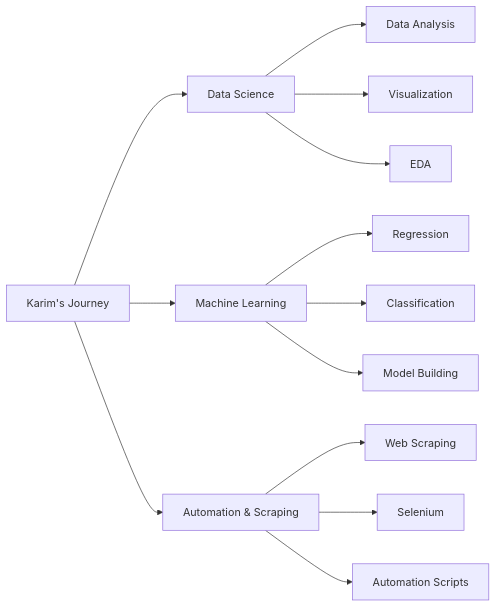
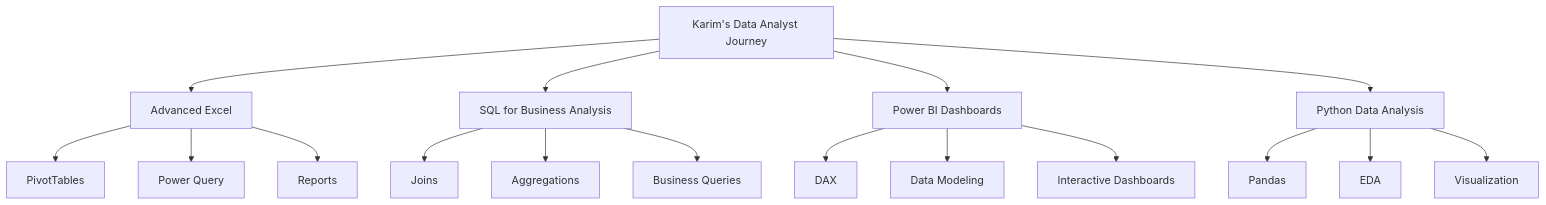
One commit to Karim405/Karim405 changed the second of 2 diagrams in README.md. Above: the diagram before and after it, drawn with Mermaid. The commit also changed other lines of this file, not shown here.

````diff
--- a/README.md
+++ b/README.md
@@ -78,19 +237,23 @@
 ```mermaid
-graph LR
+graph TD
+    A[Karim's Data Analyst Journey] --> B[Advanced Excel]
+    A --> C[SQL for Business Analysis]
+    A --> D[Power BI Dashboards]
+    A --> E[Python Data Analysis]
 
-A[Karim's Journey] --> B[Data Science]
-A --> C[Machine Learning]
-A --> D[Automation & Scraping]
+    B --> B1[PivotTables]
+    B --> B2[Power Query]
+    B --> B3[Reports]
 
-B --> B1[Data Analysis]
-B --> B2[Visualization]
-B --> B3[EDA]
+    C --> C1[Joins]
+    C --> C2[Aggregations]
+    C --> C3[Business Queries]
 
-C --> C1[Regression]
-C --> C2[Classification]
-C --> C3[Model Building]
+    D --> D1[DAX]
+    D --> D2[Data Modeling]
+    D --> D3[Interactive Dashboards]
 
-D --> D1[Web Scraping]
-D --> D2[Selenium]
-D --> D3[Automation Scripts]
+    E --> E1[Pandas]
+    E --> E2[EDA]
+    E --> E3[Visualization]
 ```
````
